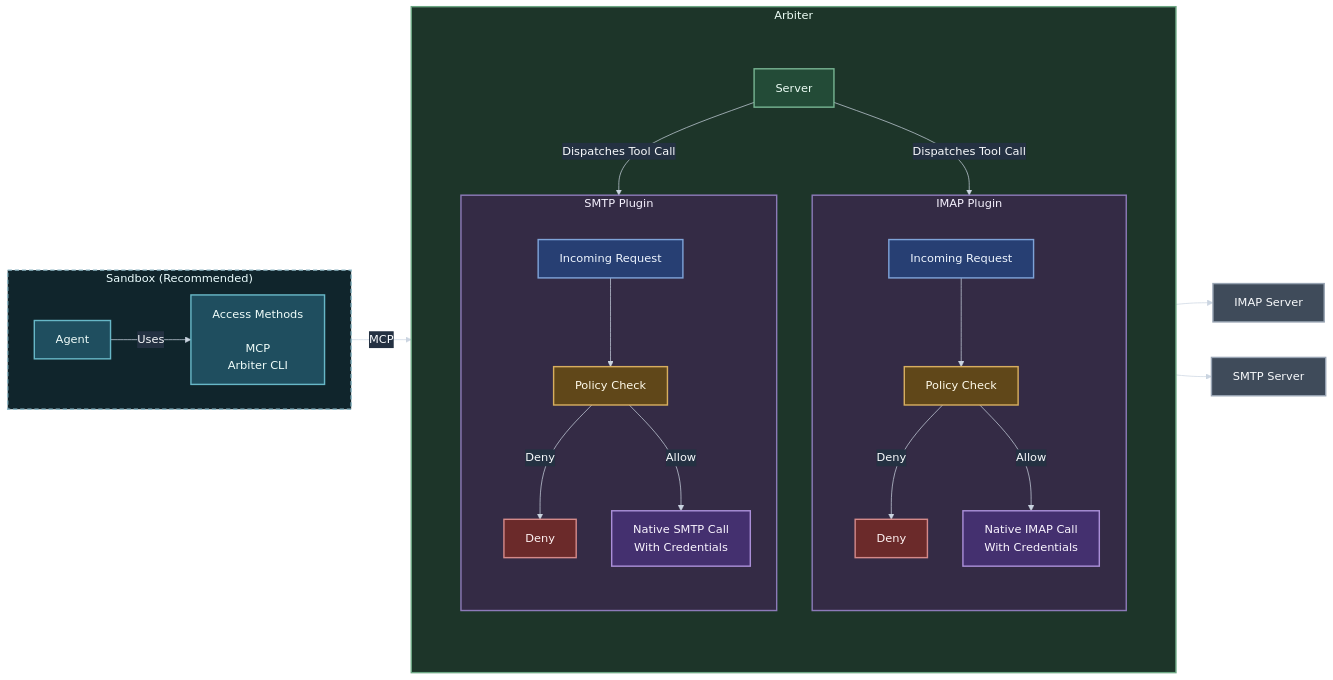
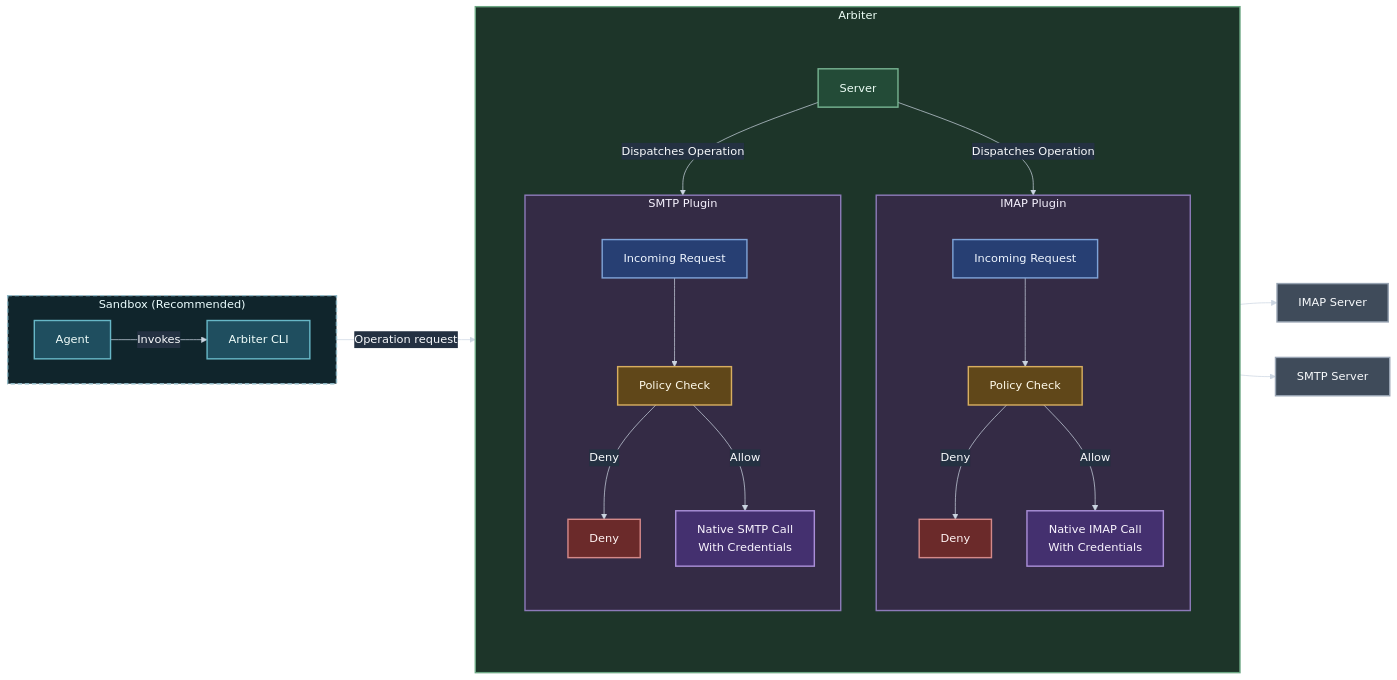
One commit to omry/arbiter changed the diagram in website/docs/intro.md. Above: the diagram before and after it, drawn with Mermaid. The commit also changed other lines of this file and 18 other files, not shown here.

````diff
--- a/website/docs/intro.md
+++ b/website/docs/intro.md
@@ -22,75 +22,75 @@
 ```mermaid
 %%{init: {"theme": "base", "themeVariables": {"background": "transparent", "primaryTextColor": "#f8fafc", "lineColor": "#cbd5e1", "edgeLabelBackground": "#243142", "fontFamily": "Inter, ui-sans-serif, system-ui"}}}%%
 flowchart LR
   subgraph sandbox["Sandbox (Recommended)"]
     direction LR
     agent[Agent]
-    access["Access Methods<br/><br/>MCP<br/>Arbiter CLI"]
+    access["Arbiter CLI"]
 
-    agent -- Uses --> access
+    agent -- Invokes --> access
   end
 
   subgraph arbiterRuntime[Arbiter]
     direction TB
 
     subgraph arbiterContent[" "]
       direction TB
       arbiter[Server]
 
       subgraph imapPlugin[IMAP Plugin]
         direction TB
         imapIncoming[Incoming Request]
         imapPolicy[Policy Check]
         imapDeny[Deny]
         imapForward[Native IMAP Call<br/>With Credentials]
 
         imapIncoming --> imapPolicy
         imapPolicy -- Deny --> imapDeny
         imapPolicy -- Allow --> imapForward
       end
 
       subgraph smtpPlugin[SMTP Plugin]
         direction TB
         smtpIncoming[Incoming Request]
         smtpPolicy[Policy Check]
         smtpDeny[Deny]
         smtpForward[Native SMTP Call<br/>With Credentials]
 
         smtpIncoming --> smtpPolicy
         smtpPolicy -- Deny --> smtpDeny
         smtpPolicy -- Allow --> smtpForward
       end
     end
   end
 
   imapServer[IMAP Server]
   smtpServer[SMTP Server]
 
-  access -- MCP --> arbiter
-  arbiter -- Dispatches Tool Call --> imapIncoming
-  arbiter -- Dispatches Tool Call --> smtpIncoming
+  access -- Operation request --> arbiter
+  arbiter -- Dispatches Operation --> imapIncoming
+  arbiter -- Dispatches Operation --> smtpIncoming
   imapForward --> imapServer
   smtpForward --> smtpServer
 
   classDef accessNode fill:#1f4e5f,stroke:#67b7c7,color:#f0fdfa,stroke-width:2px
   classDef coreNode fill:#234b37,stroke:#76b391,color:#ecfdf5,stroke-width:2px
   classDef requestNode fill:#273f73,stroke:#7ea3d8,color:#eff6ff,stroke-width:2px
   classDef policyNode fill:#604719,stroke:#d7ae5f,color:#fffbeb,stroke-width:2px
   classDef denyNode fill:#6b2a2a,stroke:#d48989,color:#fef2f2,stroke-width:2px
   classDef forwardNode fill:#44306f,stroke:#aa8fd8,color:#faf5ff,stroke-width:2px
   classDef serviceNode fill:#3f4b5a,stroke:#98a4b3,color:#f8fafc,stroke-width:2px
 
   class agent,access accessNode
   class arbiter coreNode
   class imapIncoming,smtpIncoming requestNode
   class imapPolicy,smtpPolicy policyNode
   class imapDeny,smtpDeny denyNode
   class imapForward,smtpForward forwardNode
   class imapServer,smtpServer serviceNode
 
   style sandbox fill:#10252c,stroke:#8fb8c5,stroke-width:2px,stroke-dasharray: 6 4,color:#ecfeff
   style arbiterRuntime fill:#1d3529,stroke:#6ca783,stroke-width:2px,color:#ecfdf5
   style arbiterContent fill:transparent,stroke:transparent,color:transparent
   style imapPlugin fill:#342b45,stroke:#8c7ab8,stroke-width:2px,color:#f7f3ff
   style smtpPlugin fill:#342b45,stroke:#8c7ab8,stroke-width:2px,color:#f7f3ff
 ```
````
